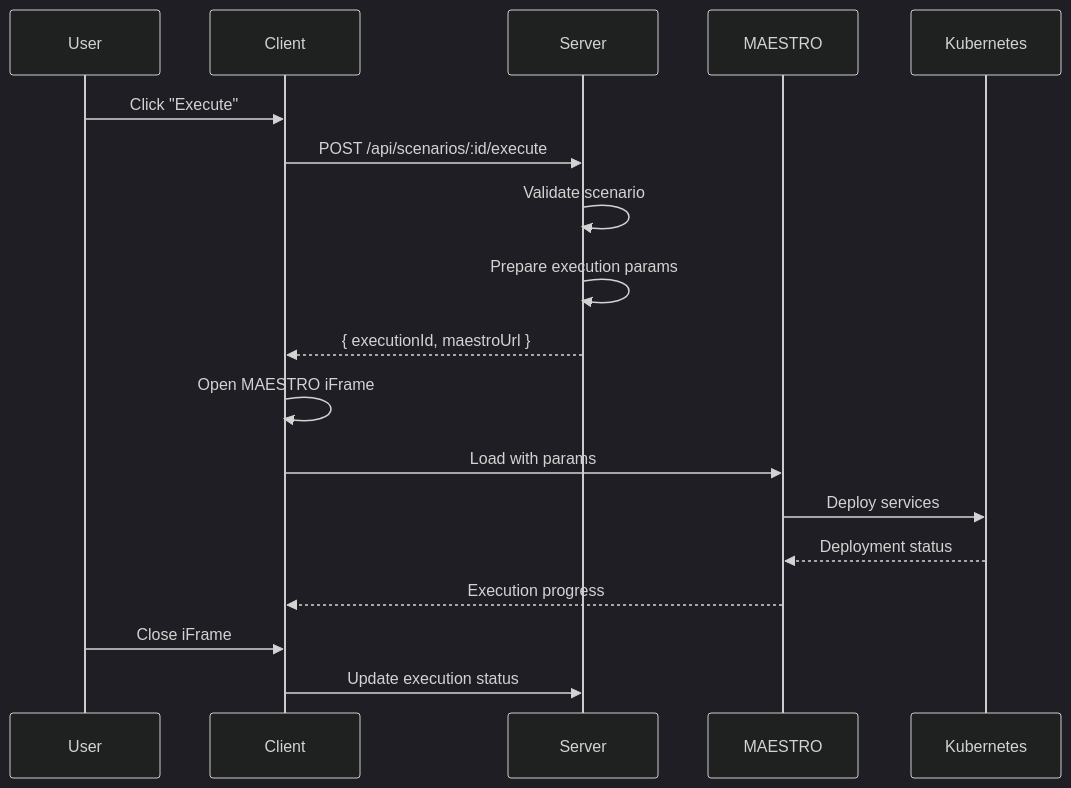
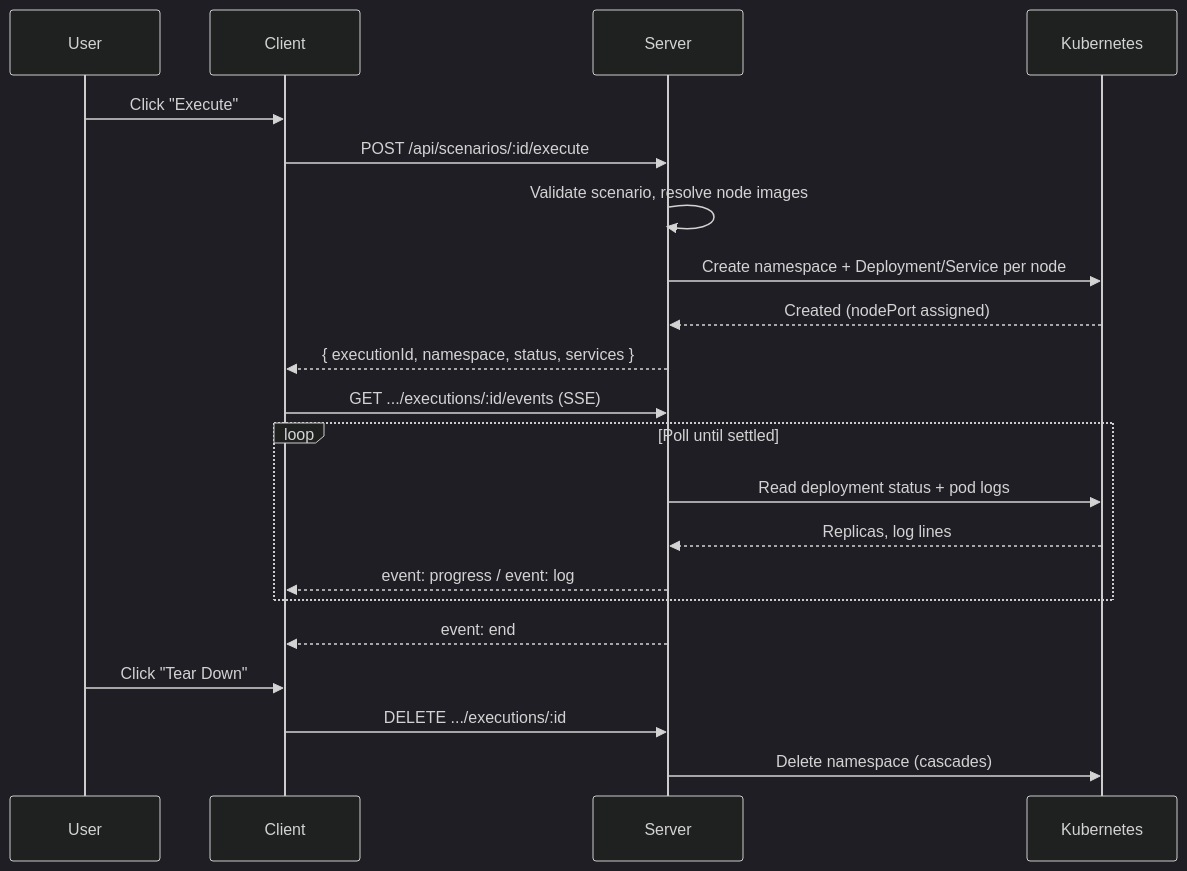
Before and after one commit to montimage-projects/mi-digitaltwin-management-service: the eighth of 10 diagrams in docs/architecture/data-flow.md, drawn with Mermaid (dark theme). The commit also changed other lines of this file and 72 other files, not shown here.

First line of the commit message:
feat(scenario): deploy scenarios directly to kubernetes (#18)

````diff
--- a/docs/architecture/data-flow.md
+++ b/docs/architecture/data-flow.md
@@ -166,23 +166,26 @@
 ```mermaid
 sequenceDiagram
  participant U as User
  participant C as Client
  participant S as Server
- participant M as MAESTRO
  participant K as Kubernetes
 
  U->>C: Click "Execute"
  C->>S: POST /api/scenarios/:id/execute
- S->>S: Validate scenario
- S->>S: Prepare execution params
- S-->>C: { executionId, maestroUrl }
+ S->>S: Validate scenario, resolve node images
+ S->>K: Create namespace + Deployment/Service per node
+ K-->>S: Created (nodePort assigned)
+ S-->>C: { executionId, namespace, status, services }
 
- C->>C: Open MAESTRO iFrame
- C->>M: Load with params
- M->>K: Deploy services
- K-->>M: Deployment status
- M-->>C: Execution progress
+ C->>S: GET .../executions/:id/events (SSE)
+ loop Poll until settled
+ S->>K: Read deployment status + pod logs
+ K-->>S: Replicas, log lines
+ S-->>C: event: progress / event: log
+ end
+ S-->>C: event: end
 
- U->>C: Close iFrame
- C->>S: Update execution status
+ U->>C: Click "Tear Down"
+ C->>S: DELETE .../executions/:id
+ S->>K: Delete namespace (cascades)
 ```
````
